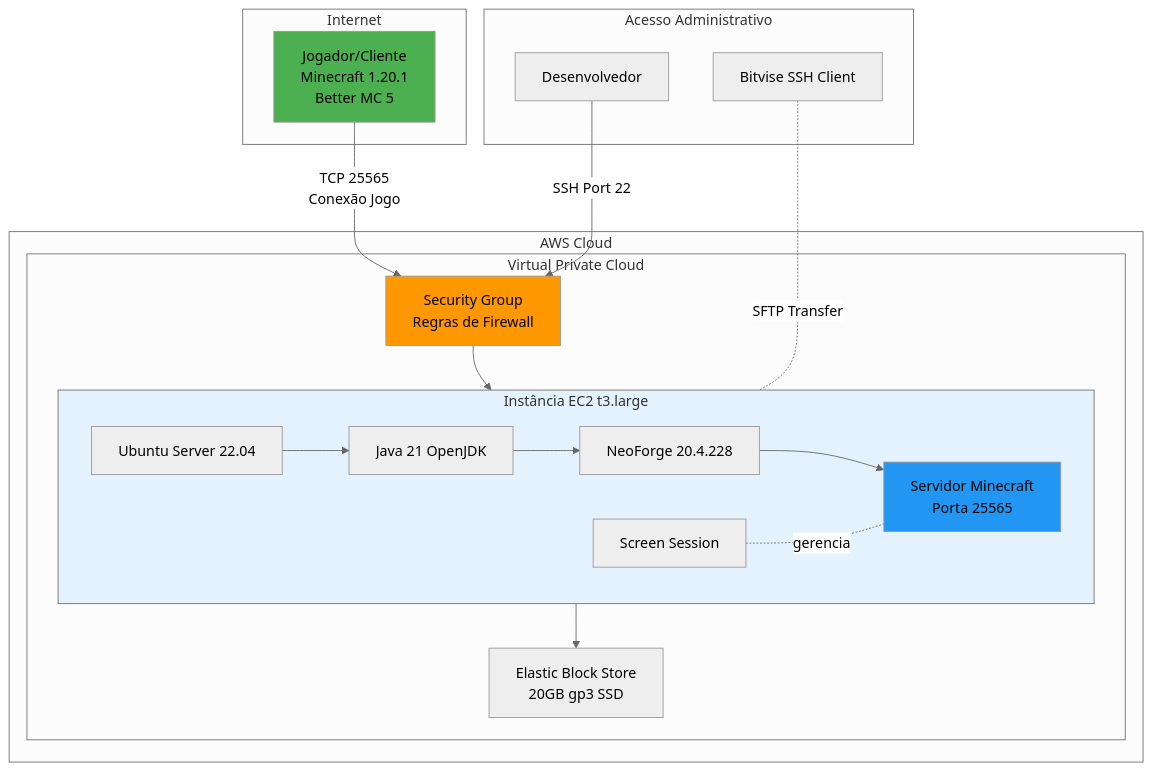
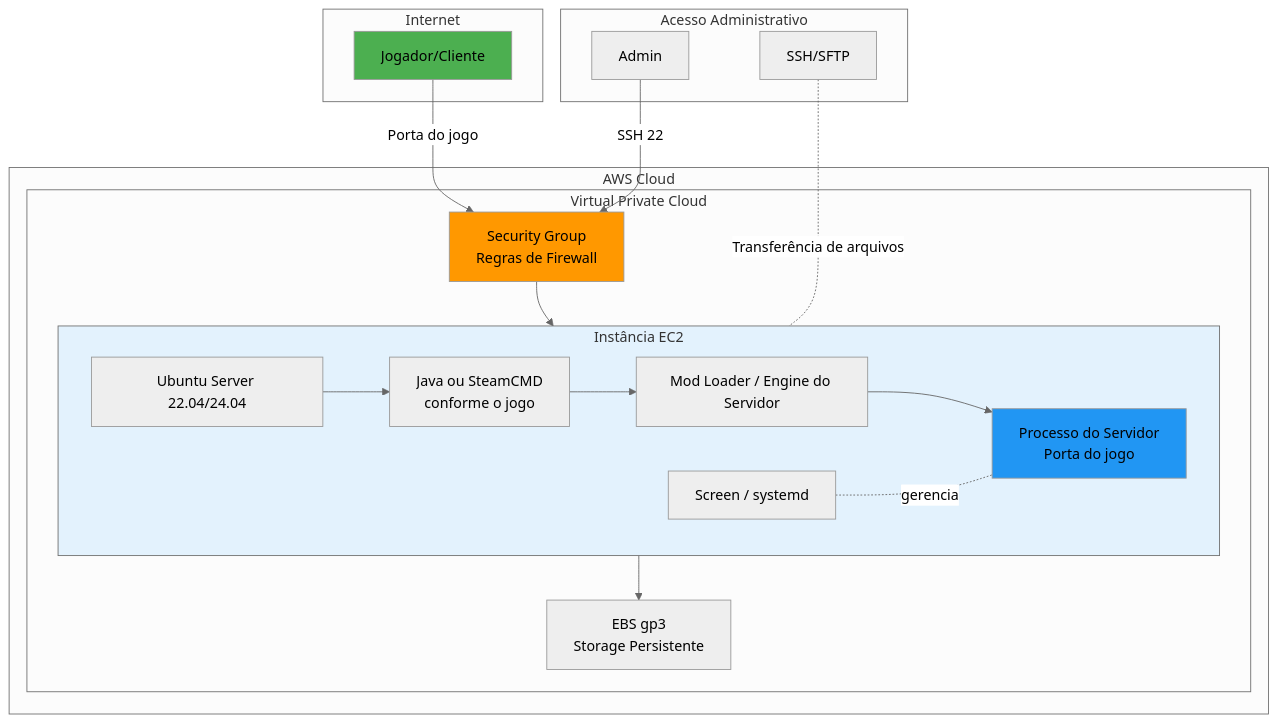
Before and after one commit to Danithan/AWS-Minecraft-server: the diagram in Docs/architecture.md, drawn with Mermaid (neutral theme). The commit also changed other lines of this file and 19 other files, not shown here.

````diff
--- a/Docs/architecture.md
+++ b/Docs/architecture.md
@@ -9,44 +9,44 @@
 ```mermaid
 graph TB
     subgraph Internet
-        A[Jogador/Cliente<br/>Minecraft 1.20.1<br/>Better MC 5]
+        A[Jogador/Cliente]
     end
-    
+
     subgraph AWS Cloud
         subgraph VPC[Virtual Private Cloud]
             B[Security Group<br/>Regras de Firewall]
-            
-            subgraph EC2[Instância EC2 t3.large]
-                C[Ubuntu Server 22.04]
-                D[Java 21 OpenJDK]
-                E[NeoForge 20.4.228]
-                F[Servidor Minecraft<br/>Porta 25565]
-                G[Screen Session]
-                
+
+            subgraph EC2[Instância EC2]
+                C[Ubuntu Server 22.04/24.04]
+                D[Java ou SteamCMD<br/>conforme o jogo]
+                E[Mod Loader / Engine do Servidor]
+                F[Processo do Servidor<br/>Porta do jogo]
+                G[Screen / systemd]
+
                 C --> D
                 D --> E
                 E --> F
                 G -.gerencia.- F
             end
-            
-            H[Elastic Block Store<br/>20GB gp3 SSD]
-            
+
+            H[EBS gp3<br/>Storage Persistente]
+
             B --> EC2
             EC2 --> H
         end
     end
-    
+
     subgraph Acesso Administrativo
-        I[Desenvolvedor]
-        J[Bitvise SSH Client]
+        I[Admin]
+        J[SSH/SFTP]
     end
-    
-    A -->|TCP 25565<br/>Conexão Jogo| B
-    I -->|SSH Port 22| B
-    J -.SFTP Transfer.- EC2
-    
+
+    A -->|Porta do jogo| B
+    I -->|SSH 22| B
+    J -.Transferência de arquivos.- EC2
+
     style A fill:#4CAF50
     style F fill:#2196F3
     style B fill:#FF9800
     style EC2 fill:#E3F2FD
 ```
````
